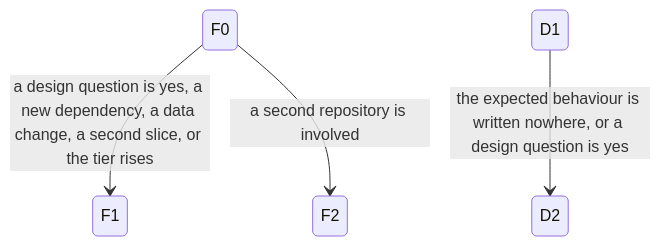
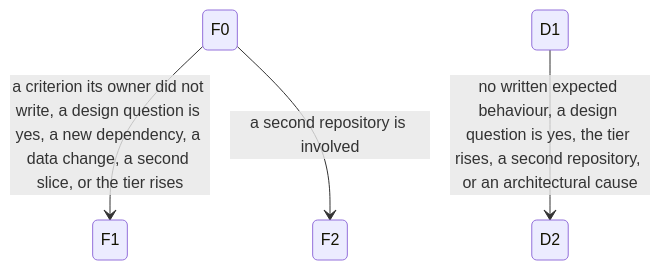
Diagram 11 of 11 in docs/operating-model/routes.md (prashantsharma18/aidlc), drawn with Mermaid before and after one commit. The commit also changed other lines of this file and 3 other files, not shown here.

First line of the commit message:
fix(docs): Plan 18 final review: UNAFFECTED in the story index, status --write, no-repro stop, route I via aidlc-operate, every gate on the sheet, Tier 1 plan approval

````diff
--- a/docs/operating-model/routes.md
+++ b/docs/operating-model/routes.md
@@ -244,6 +252,6 @@
 ```mermaid
 stateDiagram-v2
-    F0 --> F1: a design question is yes, a new dependency, a data change, a second slice, or the tier rises
+    F0 --> F1: a criterion its owner did not write, a design question is yes, a new dependency, a data change, a second slice, or the tier rises
     F0 --> F2: a second repository is involved
-    D1 --> D2: the expected behaviour is written nowhere, or a design question is yes
+    D1 --> D2: no written expected behaviour, a design question is yes, the tier rises, a second repository, or an architectural cause
 ```
````
